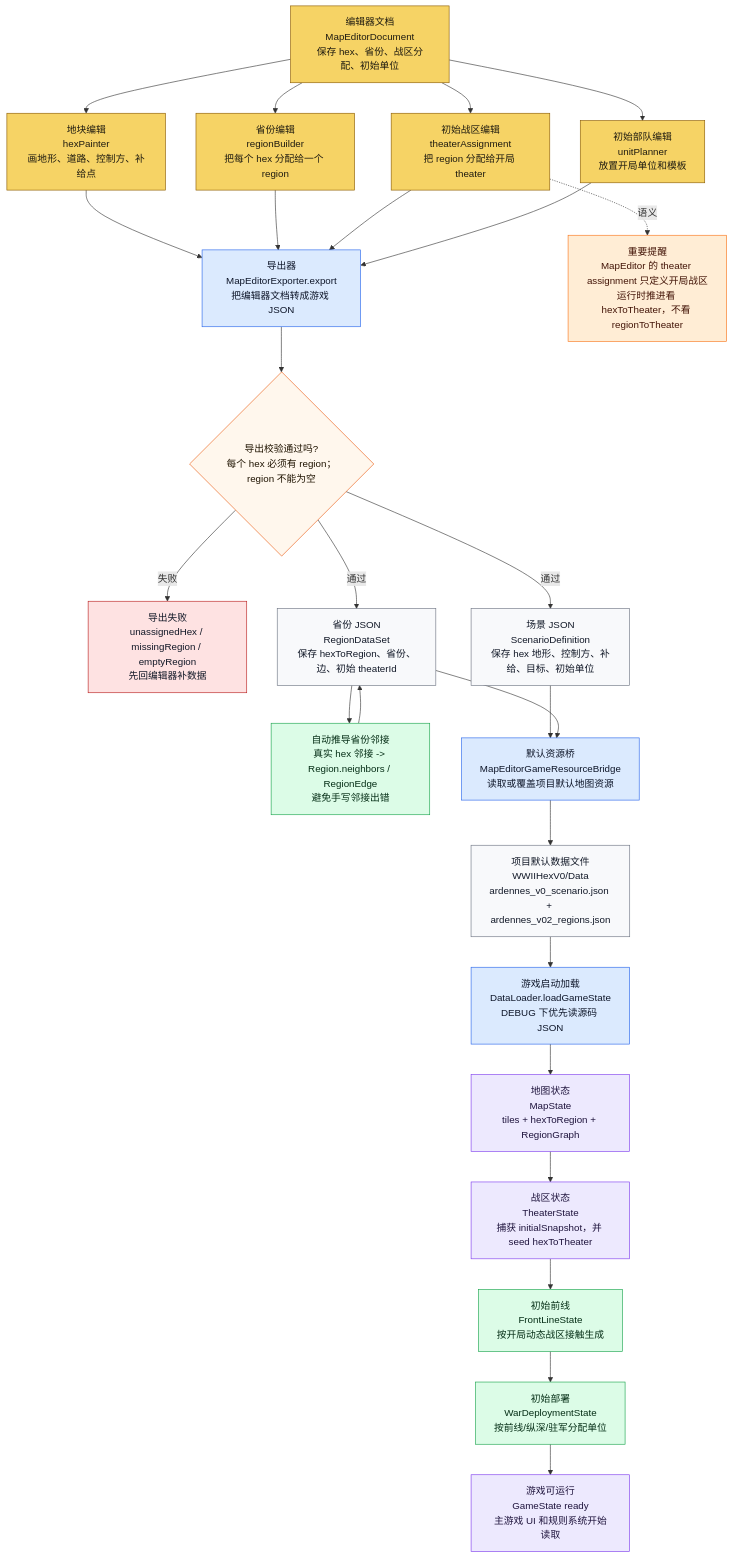
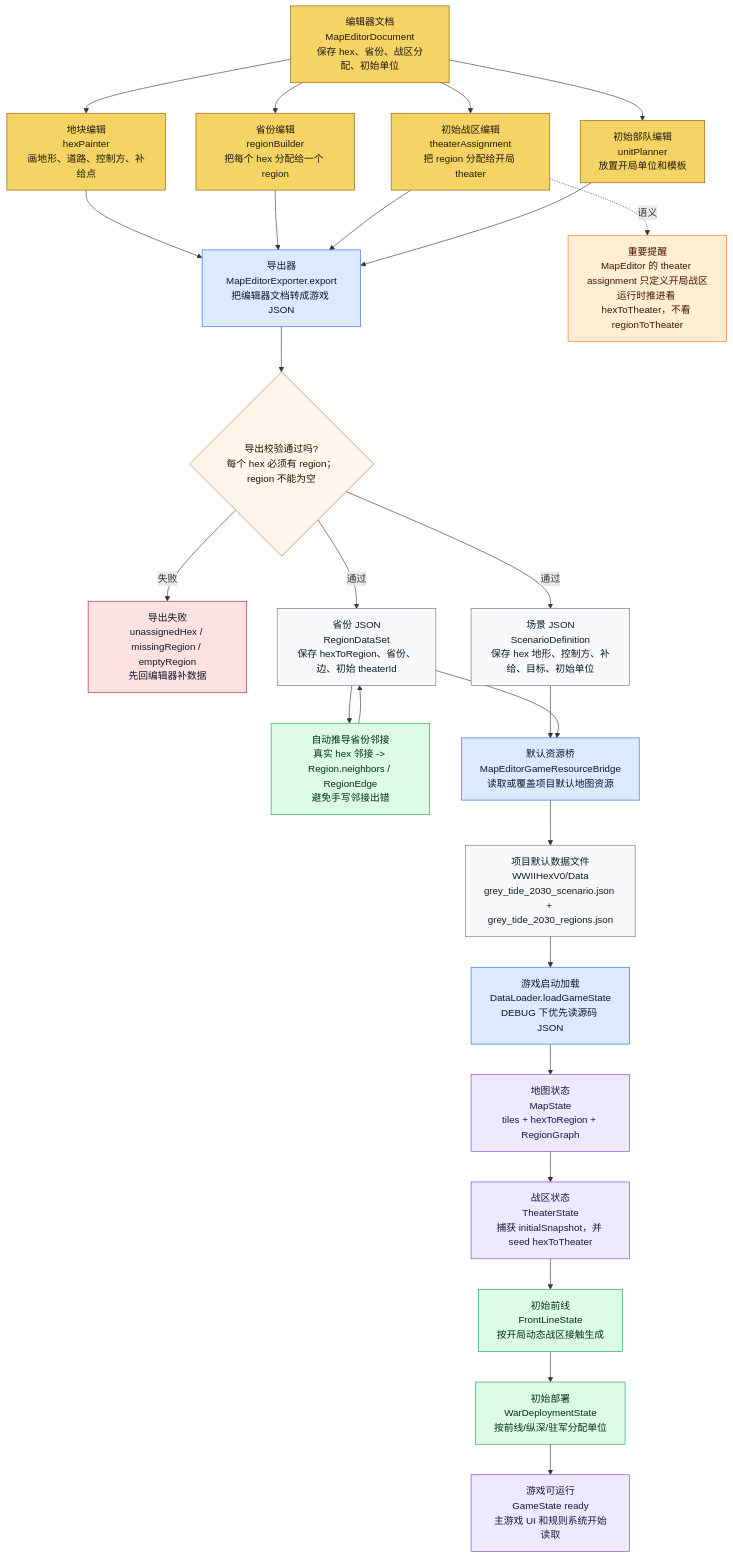
The ninth of 12 diagrams in md/flow/flowchart.md (Altman-sam114/127), drawn with Mermaid before and after one commit. The commit also changed other lines of this file and 11 other files, not shown here.

Commit message:
feat(v6): add grey tide scenario seed

````diff
--- a/md/flow/flowchart.md
+++ b/md/flow/flowchart.md
@@ -352,48 +378,48 @@
 ```mermaid
 flowchart TD
     DOC["编辑器文档<br/>MapEditorDocument<br/>保存 hex、省份、战区分配、初始单位"]:::editor
     MODE1["地块编辑<br/>hexPainter<br/>画地形、道路、控制方、补给点"]:::editor
     MODE2["省份编辑<br/>regionBuilder<br/>把每个 hex 分配给一个 region"]:::editor
     MODE3["初始战区编辑<br/>theaterAssignment<br/>把 region 分配给开局 theater"]:::editor
     MODE4["初始部队编辑<br/>unitPlanner<br/>放置开局单位和模板"]:::editor
     EXPORT["导出器<br/>MapEditorExporter.export<br/>把编辑器文档转成游戏 JSON"]:::loader
     CHECK{"导出校验通过吗?<br/>每个 hex 必须有 region；region 不能为空"}:::decision
     ERR["导出失败<br/>unassignedHex / missingRegion / emptyRegion<br/>先回编辑器补数据"]:::stop
     SCEN["场景 JSON<br/>ScenarioDefinition<br/>保存 hex 地形、控制方、补给、目标、初始单位"]:::data
     REG["省份 JSON<br/>RegionDataSet<br/>保存 hexToRegion、省份、边、初始 theaterId"]:::data
     NEI["自动推导省份邻接<br/>真实 hex 邻接 -> Region.neighbors / RegionEdge<br/>避免手写邻接出错"]:::derived
     BRIDGE["默认资源桥<br/>MapEditorGameResourceBridge<br/>读取或覆盖项目默认地图资源"]:::loader
-    FILES["项目默认数据文件<br/>WWIIHexV0/Data<br/>ardennes_v0_scenario.json + ardennes_v02_regions.json"]:::data
+    FILES["项目默认数据文件<br/>WWIIHexV0/Data<br/>grey_tide_2030_scenario.json + grey_tide_2030_regions.json"]:::data
     LOAD["游戏启动加载<br/>DataLoader.loadGameState<br/>DEBUG 下优先读源码 JSON"]:::loader
     MAP["地图状态<br/>MapState<br/>tiles + hexToRegion + RegionGraph"]:::state
     THEATER["战区状态<br/>TheaterState<br/>捕获 initialSnapshot，并 seed hexToTheater"]:::state
     FRONT["初始前线<br/>FrontLineState<br/>按开局动态战区接触生成"]:::derived
     DEPLOY["初始部署<br/>WarDeploymentState<br/>按前线/纵深/驻军分配单位"]:::derived
     GAME["游戏可运行<br/>GameState ready<br/>主游戏 UI 和规则系统开始读取"]:::state
 
     DOC --> MODE1 --> EXPORT
     DOC --> MODE2 --> EXPORT
     DOC --> MODE3 --> EXPORT
     DOC --> MODE4 --> EXPORT
     EXPORT --> CHECK
     CHECK -->|失败| ERR
     CHECK -->|通过| SCEN
     CHECK -->|通过| REG
     REG --> NEI --> REG
     SCEN --> BRIDGE
     REG --> BRIDGE
     BRIDGE --> FILES
     FILES --> LOAD --> MAP --> THEATER --> FRONT --> DEPLOY --> GAME
 
     NOTE["重要提醒<br/>MapEditor 的 theater assignment 只定义开局战区<br/>运行时推进看 hexToTheater，不看 regionToTheater"]:::warn
     MODE3 -.语义.-> NOTE
 
     classDef editor fill:#f6d365,stroke:#8a5a00,color:#1f1b10
     classDef loader fill:#dbeafe,stroke:#2563eb,color:#0f172a
     classDef decision fill:#fff7ed,stroke:#ea580c,color:#1f1300
     classDef stop fill:#fee2e2,stroke:#b91c1c,color:#111827
     classDef data fill:#f8f9fb,stroke:#6b7280,color:#111827
     classDef derived fill:#dcfce7,stroke:#16a34a,color:#052e16
     classDef state fill:#ede9fe,stroke:#7c3aed,color:#1f143d
     classDef warn fill:#ffedd5,stroke:#f97316,color:#431407
 ```
````
